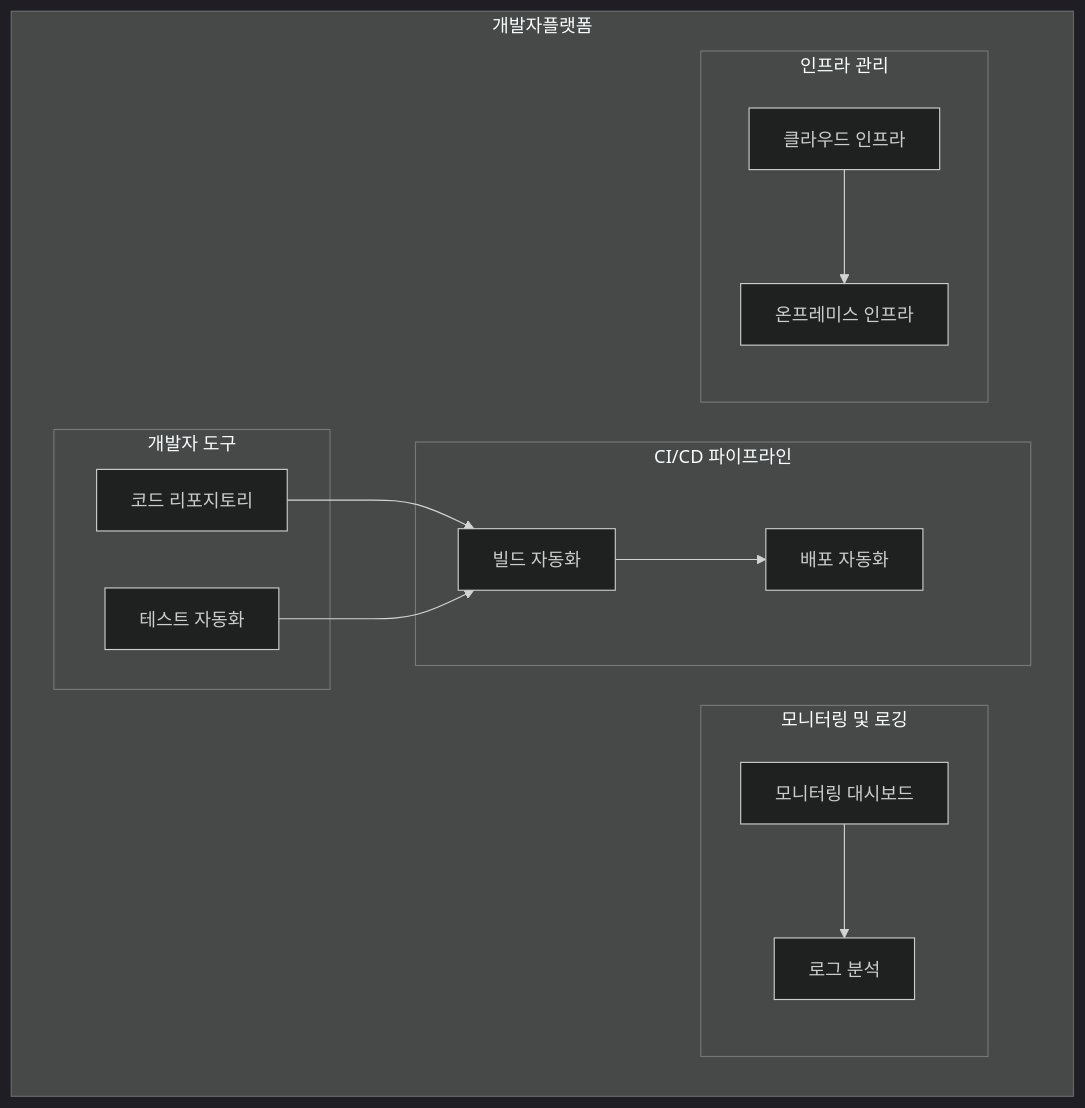
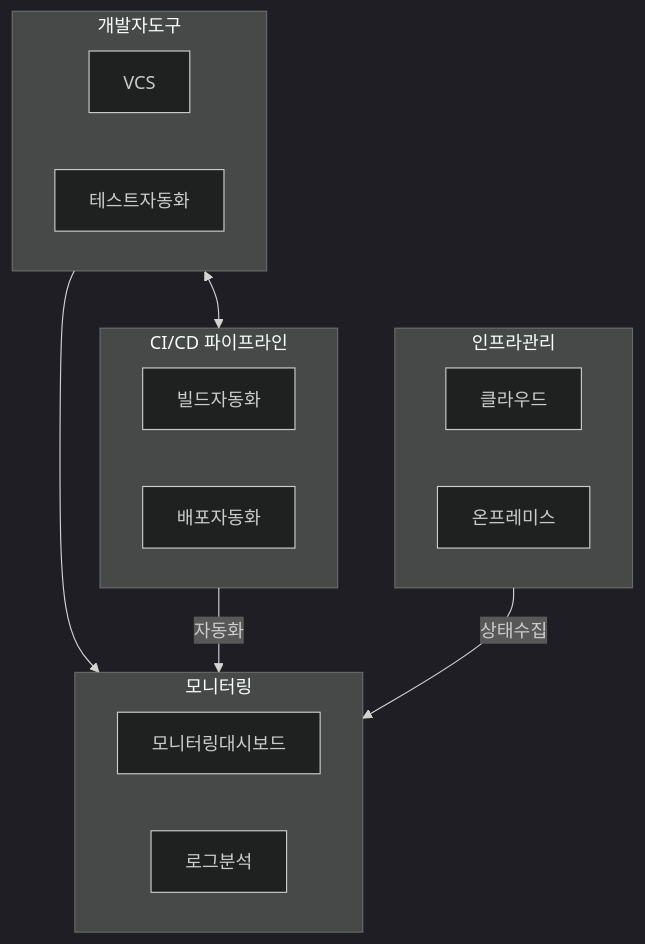
One commit to gracefullight/gracefullight.github.io changed the diagram in blog/pe/conv/platform-engineering.md. Above: the diagram before and after it, drawn with Mermaid (dark theme). The commit also changed other lines of this file, not shown here.

Commit message:
docs(pe): 📚️ platform engineering

````diff
--- a/blog/pe/conv/platform-engineering.md
+++ b/blog/pe/conv/platform-engineering.md
@@ -20,30 +20,26 @@
 ```mermaid
-graph TD;
-    subgraph 개발자플랫폼
-        subgraph 개발자 도구
-            F[코드 리포지토리]
-            G[테스트 자동화]
-        end
-        
-        subgraph CI/CD 파이프라인
-            H[빌드 자동화]
-            I[배포 자동화]
-        end
-        
-        subgraph 모니터링 및 로깅
-            J[모니터링 대시보드]
-            K[로그 분석]
-        end
-        
-        subgraph 인프라 관리
-            L[클라우드 인프라]
-            M[온프레미스 인프라]
-        end
+graph TB
+  개발자도구 --> 모니터링
+    subgraph 개발자도구
+      VCS
+      테스트자동화
+    end
+  CI/CD --> |자동화| 모니터링
+    subgraph CI/CD[CI/CD 파이프라인]
+      빌드자동화
+      배포자동화
     end
 
-    F --> H
-    G --> H
-    H --> I
-    J --> K
-    L --> M
+  subgraph 모니터링
+    모니터링대시보드
+    로그분석
+  end
+
+  인프라관리 -->|상태수집| 모니터링
+  subgraph 인프라관리
+    클라우드
+    온프레미스
+  end
+
+  개발자도구 <--> CI/CD
 ```
````
